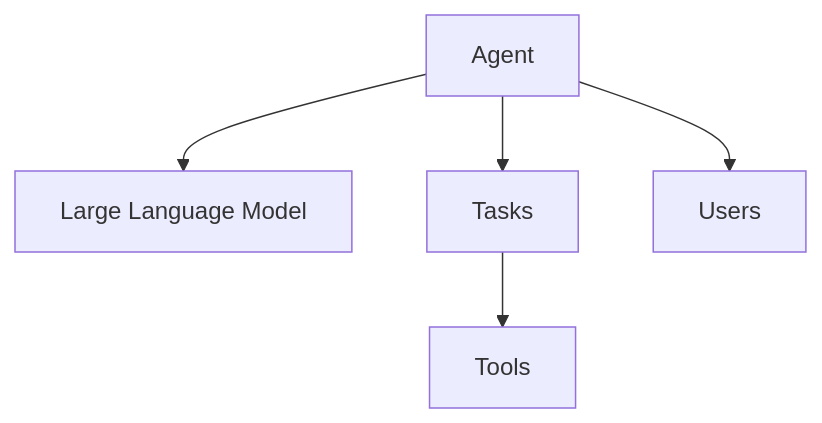
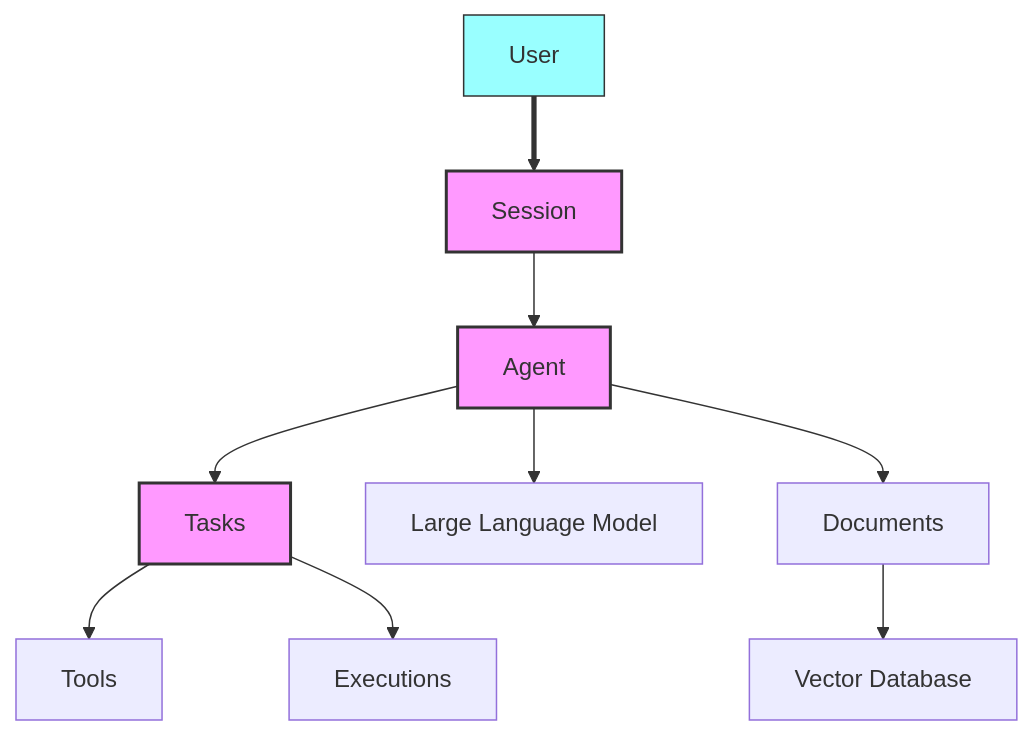
Before and after one commit to julep-ai/julep: the diagram in docs/README.md, drawn with Mermaid. The commit also changed other lines of this file and 2 other files, not shown here.

````diff
--- a/docs/README.md
+++ b/docs/README.md
@@ -376,7 +610,17 @@
 ```mermaid
 graph TD
-    Agent[Agent] --> LLM[Large Language Model]
+    User[User] ==> Session[Session]
+    Session --> Agent[Agent]
     Agent --> Tasks[Tasks]
-    Agent --> Users[Users]
+    Agent --> LLM[Large Language Model]
     Tasks --> Tools[Tools]
+    Agent --> Documents[Documents]
+    Documents --> VectorDB[Vector Database]
+    Tasks --> Executions[Executions]
+
+    classDef client fill:#9ff,stroke:#333,stroke-width:1px;
+    class User client;
+
+    classDef core fill:#f9f,stroke:#333,stroke-width:2px;
+    class Agent,Tasks,Session core;
 ```
````
